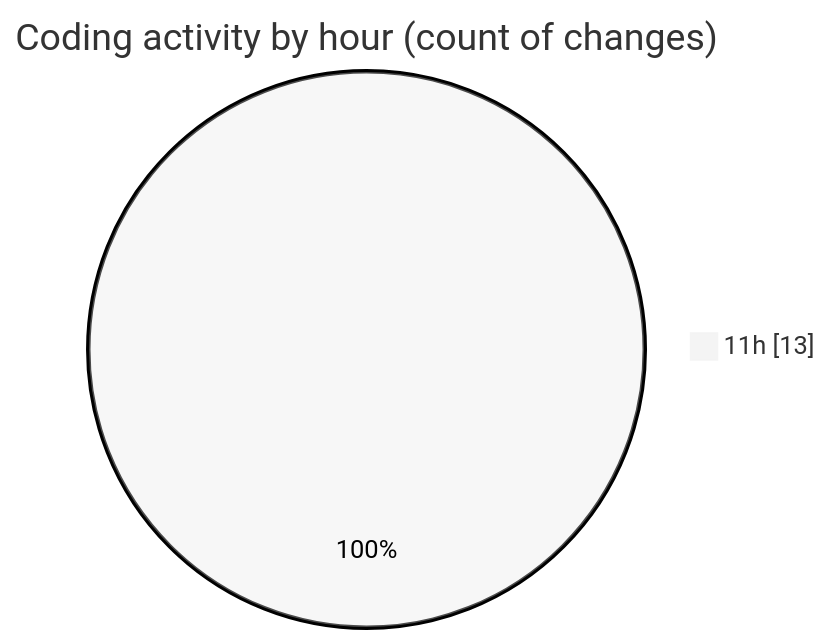
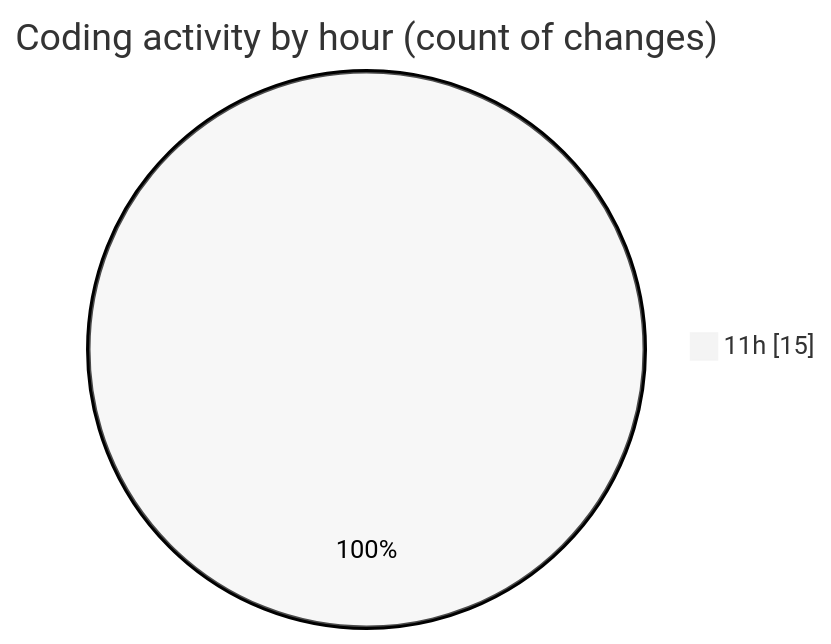
Before and after one commit to robertbonfada/code-tracking: the second of 2 diagrams in 2025-01-31/audiobooks-web/README.md, drawn with Mermaid (neutral theme). The commit also changed other lines of this file and 1 other file, not shown here.

````diff
--- a/2025-01-31/audiobooks-web/README.md
+++ b/2025-01-31/audiobooks-web/README.md
@@ -37,5 +37,5 @@
 ```mermaid
 pie showData
 title Coding activity by hour (count of changes)
-"11h" : 13
+"11h" : 15
 ```
````
